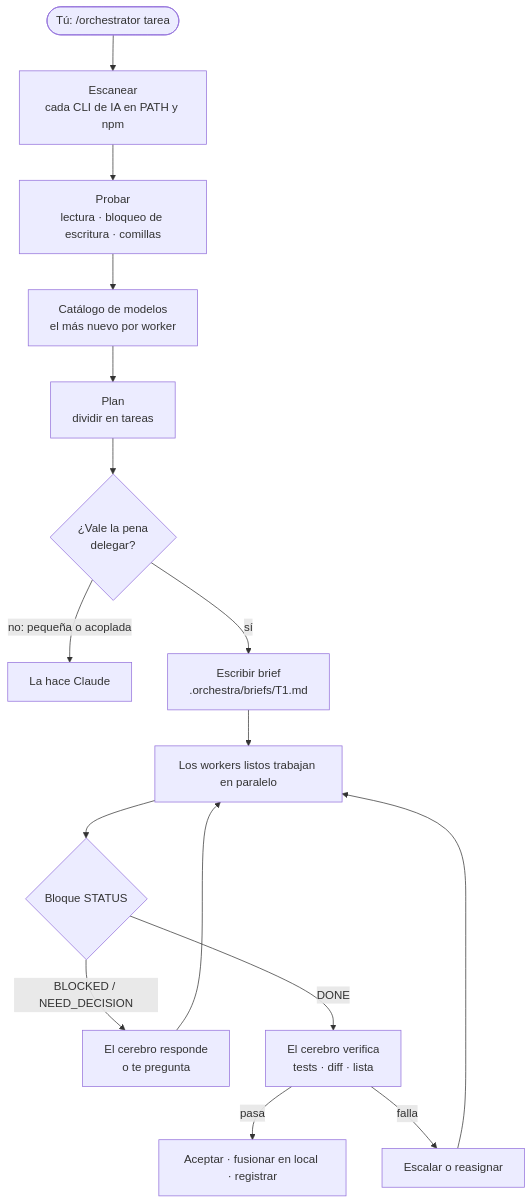
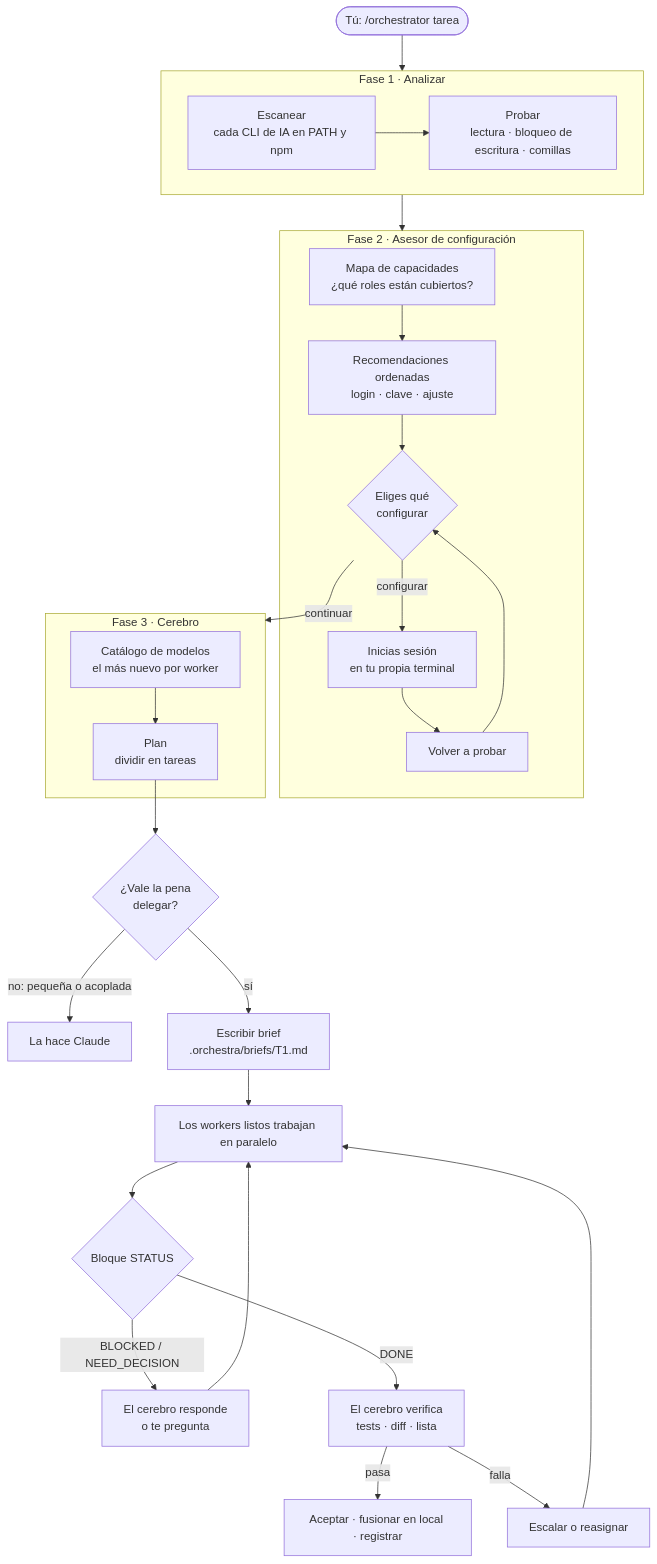
The first of 3 diagrams in README.es.md (yoelkh/orkestraku), drawn with Mermaid before and after one commit. The commit also changed other lines of this file and 6 other files, not shown here.

````diff
--- a/README.es.md
+++ b/README.es.md
@@ -59,16 +62,26 @@
 ```mermaid
 flowchart TD
-    U(["Tú: /orchestrator tarea"]) --> SC["Escanear<br/>cada CLI de IA en PATH y npm"]
-    SC --> PR["Probar<br/>lectura · bloqueo de escritura · comillas"]
-    PR --> CAT["Catálogo de modelos<br/>el más nuevo por worker"]
-    CAT --> PL["Plan<br/>dividir en tareas"]
+    U(["Tú: /orchestrator tarea"]) --> P1
+    subgraph P1["Fase 1 · Analizar"]
+        SC["Escanear<br/>cada CLI de IA en PATH y npm"] --> PR["Probar<br/>lectura · bloqueo de escritura · comillas"]
+    end
+    P1 --> P2
+    subgraph P2["Fase 2 · Asesor de configuración"]
+        MAP["Mapa de capacidades<br/>¿qué roles están cubiertos?"] --> REC["Recomendaciones ordenadas<br/>login · clave · ajuste"]
+        REC --> ASK{"Eliges qué<br/>configurar"}
+        ASK -- "configurar" --> DO["Inicias sesión<br/>en tu propia terminal"] --> RE["Volver a probar"] --> ASK
+    end
+    ASK -- "continuar" --> P3
+    subgraph P3["Fase 3 · Cerebro"]
+        CAT["Catálogo de modelos<br/>el más nuevo por worker"] --> PL["Plan<br/>dividir en tareas"]
+    end
     PL --> D{"¿Vale la pena<br/>delegar?"}
     D -- "no: pequeña o acoplada" --> SELF["La hace Claude"]
     D -- sí --> B["Escribir brief<br/>.orchestra/briefs/T1.md"]
     B --> W["Los workers listos trabajan en paralelo"]
     W --> S{"Bloque STATUS"}
     S -- "BLOCKED / NEED_DECISION" --> A["El cerebro responde<br/>o te pregunta"] --> W
     S -- DONE --> V["El cerebro verifica<br/>tests · diff · lista"]
     V -- pasa --> M["Aceptar · fusionar en local · registrar"]
     V -- falla --> E["Escalar o reasignar"] --> W
 ```
````
